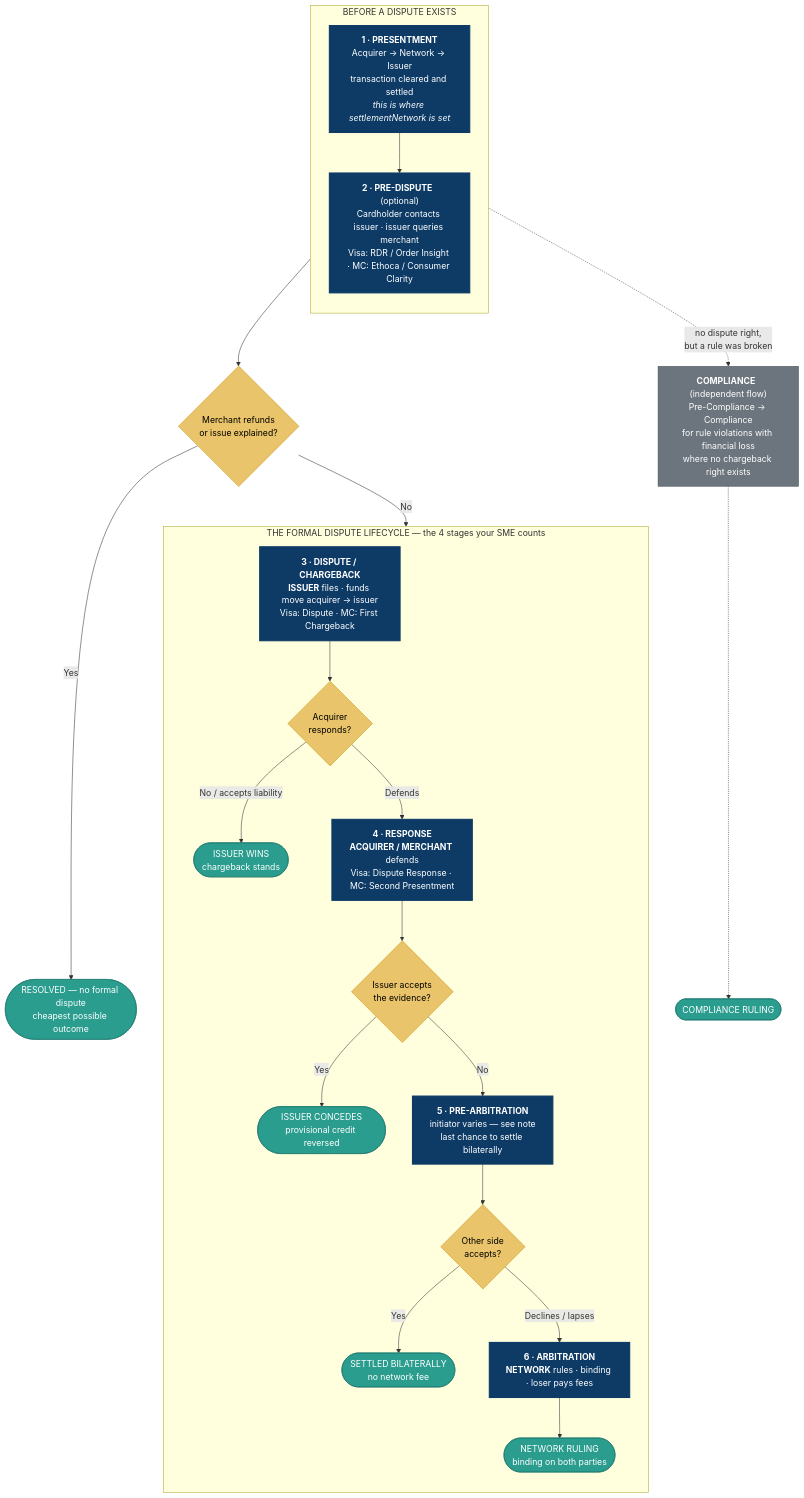
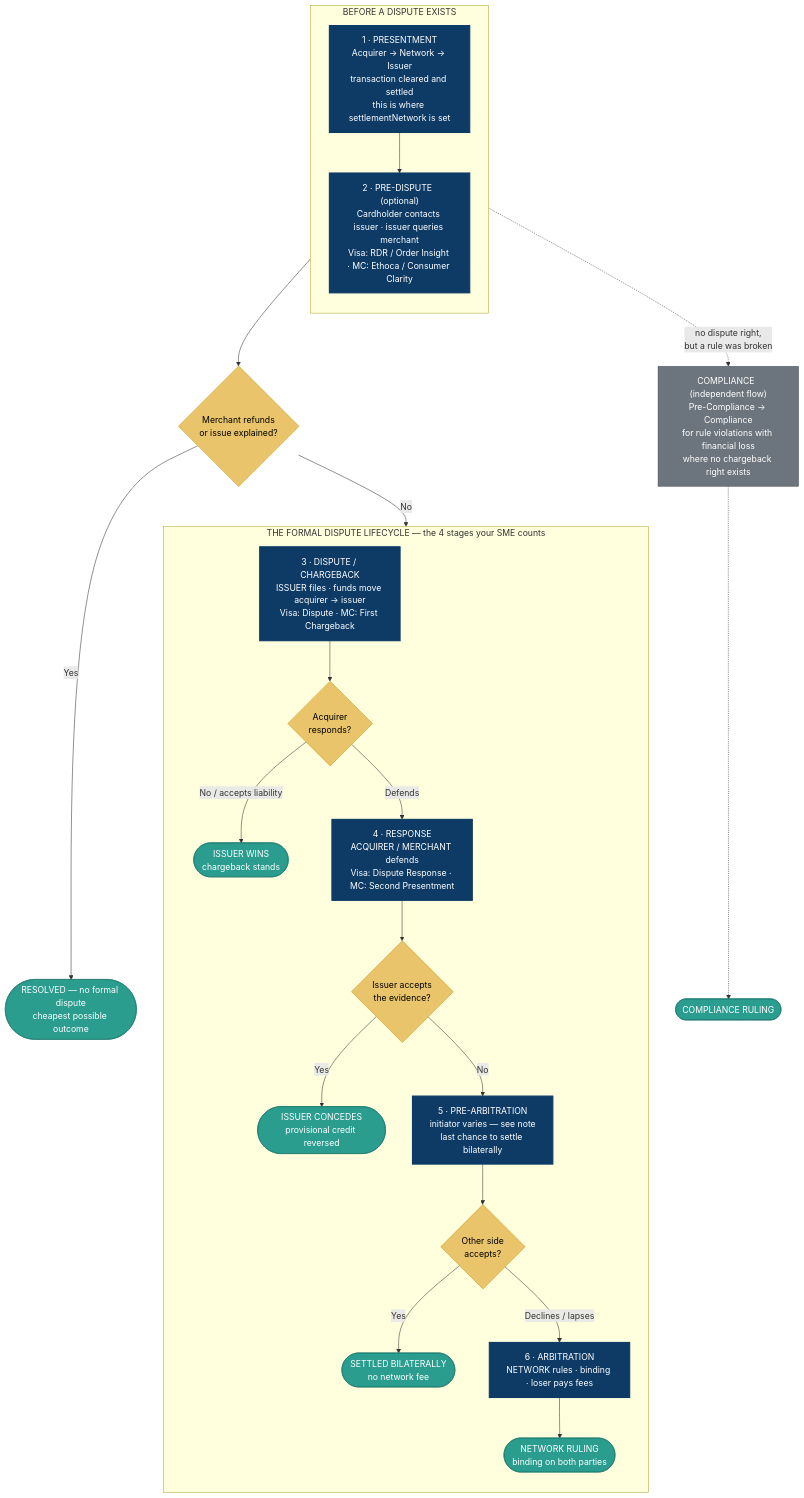
One commit to bmageshvec/poc-claims-resolution changed the diagram in diagrams/lifecycle-journeys/01-generalized-dispute-lifecycle.mmd. Above: the diagram before and after it, drawn with Mermaid. The commit also changed 32 other files, not shown here.

```diff
--- a/diagrams/lifecycle-journeys/01-generalized-dispute-lifecycle.mmd
+++ b/diagrams/lifecycle-journeys/01-generalized-dispute-lifecycle.mmd
@@ -1,42 +1,42 @@
 flowchart TB
     subgraph PRE["BEFORE A DISPUTE EXISTS"]
         direction TB
-        S1["<b>1 · PRESENTMENT</b><br/>Acquirer → Network → Issuer<br/>transaction cleared and settled<br/><i>this is where settlementNetwork is set</i>"]
-        S2["<b>2 · PRE-DISPUTE</b>  (optional)<br/>Cardholder contacts issuer · issuer queries merchant<br/>Visa: RDR / Order Insight · MC: Ethoca / Consumer Clarity"]
+        S1["1 · PRESENTMENT<br/>Acquirer → Network → Issuer<br/>transaction cleared and settled<br/>this is where settlementNetwork is set"]
+        S2["2 · PRE-DISPUTE  (optional)<br/>Cardholder contacts issuer · issuer queries merchant<br/>Visa: RDR / Order Insight · MC: Ethoca / Consumer Clarity"]
         S1 --> S2
     end
 
     S2 --> Q1{"Merchant refunds<br/>or issue explained?"}
     Q1 -->|Yes| E1(["RESOLVED — no formal dispute<br/>cheapest possible outcome"])
     Q1 -->|No| S3
 
     subgraph FORMAL["THE FORMAL DISPUTE LIFECYCLE — the 4 stages your SME counts"]
         direction TB
-        S3["<b>3 · DISPUTE / CHARGEBACK</b><br/><b>ISSUER</b> files · funds move acquirer → issuer<br/>Visa: Dispute · MC: First Chargeback"]
-        S4["<b>4 · RESPONSE</b><br/><b>ACQUIRER / MERCHANT</b> defends<br/>Visa: Dispute Response · MC: Second Presentment"]
-        S5["<b>5 · PRE-ARBITRATION</b><br/>initiator varies — see note<br/>last chance to settle bilaterally"]
-        S6["<b>6 · ARBITRATION</b><br/><b>NETWORK</b> rules · binding · loser pays fees"]
+        S3["3 · DISPUTE / CHARGEBACK<br/>ISSUER files · funds move acquirer → issuer<br/>Visa: Dispute · MC: First Chargeback"]
+        S4["4 · RESPONSE<br/>ACQUIRER / MERCHANT defends<br/>Visa: Dispute Response · MC: Second Presentment"]
+        S5["5 · PRE-ARBITRATION<br/>initiator varies — see note<br/>last chance to settle bilaterally"]
+        S6["6 · ARBITRATION<br/>NETWORK rules · binding · loser pays fees"]
         S3 --> Q2{"Acquirer<br/>responds?"}
         Q2 -->|"No / accepts liability"| E2(["ISSUER WINS<br/>chargeback stands"])
         Q2 -->|Defends| S4
         S4 --> Q3{"Issuer accepts<br/>the evidence?"}
         Q3 -->|Yes| E3(["ISSUER CONCEDES<br/>provisional credit reversed"])
         Q3 -->|No| S5
         S5 --> Q4{"Other side<br/>accepts?"}
         Q4 -->|Yes| E4(["SETTLED BILATERALLY<br/>no network fee"])
         Q4 -->|"Declines / lapses"| S6
         S6 --> E5(["NETWORK RULING<br/>binding on both parties"])
     end
 
-    COMP["<b>COMPLIANCE</b>  (independent flow)<br/>Pre-Compliance → Compliance<br/>for rule violations with financial loss<br/>where no chargeback right exists"]
+    COMP["COMPLIANCE  (independent flow)<br/>Pre-Compliance → Compliance<br/>for rule violations with financial loss<br/>where no chargeback right exists"]
     S1 -.->|"no dispute right,<br/>but a rule was broken"| COMP
     COMP -.-> E6(["COMPLIANCE RULING"])
 
     classDef stage fill:#0d3b66,color:#fff,stroke:#0d3b66,stroke-width:2px
     classDef gate fill:#e9c46a,color:#000,stroke:#c9971a
     classDef exit fill:#2a9d8f,color:#fff,stroke:#1d7a6f
     classDef comp fill:#6c757d,color:#fff,stroke:#495057
     class S1,S2,S3,S4,S5,S6 stage
     class Q1,Q2,Q3,Q4 gate
     class E1,E2,E3,E4,E5,E6 exit
     class COMP comp
```
